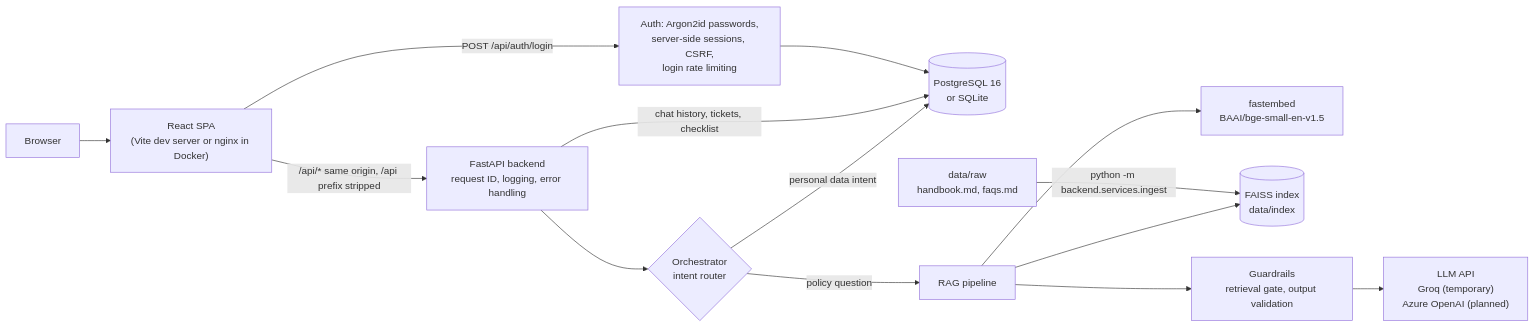
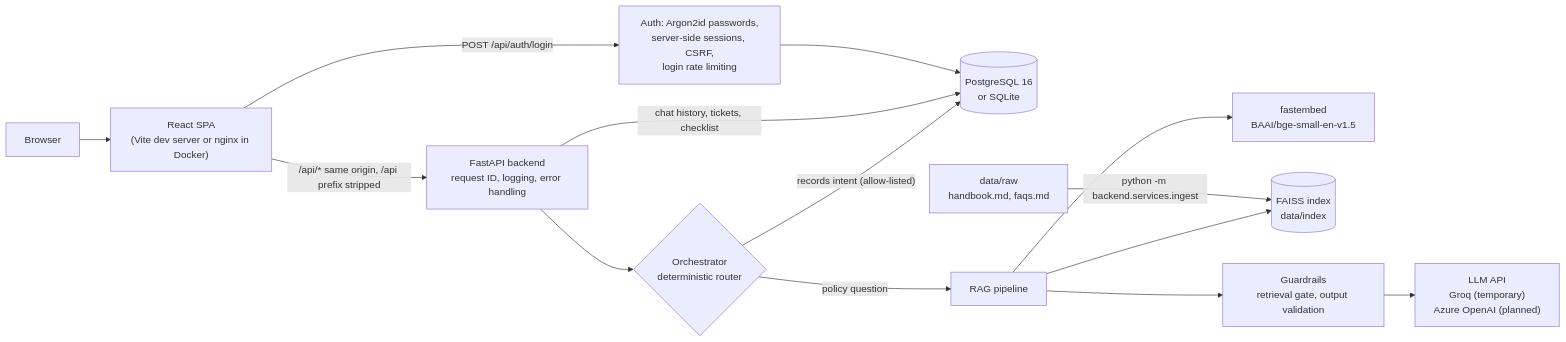
One commit to Eliksha/employee-onboarding-assistant changed the diagram in README.md. Above: the diagram before and after it, drawn with Mermaid. The commit also changed other lines of this file and 11 other files, not shown here.

````diff
--- a/README.md
+++ b/README.md
@@ -37,16 +37,16 @@
 ```mermaid
 flowchart LR
     user["Browser"] --> fe["React SPA<br/>(Vite dev server or nginx in Docker)"]
     fe -->|"/api/* same origin, /api prefix stripped"| api["FastAPI backend<br/>request ID, logging, error handling"]
-    api --> orch{"Orchestrator<br/>intent router"}
-    orch -->|"personal data intent"| edb[("PostgreSQL 16<br/>or SQLite")]
+    api --> orch{"Orchestrator<br/>deterministic router"}
+    orch -->|"records intent (allow-listed)"| edb[("PostgreSQL 16<br/>or SQLite")]
     orch -->|"policy question"| rag["RAG pipeline"]
     rag --> emb["fastembed<br/>BAAI/bge-small-en-v1.5"]
     rag --> idx[("FAISS index<br/>data/index")]
     rag --> guard["Guardrails<br/>retrieval gate, output validation"]
     guard --> llm["LLM API<br/>Groq (temporary)<br/>Azure OpenAI (planned)"]
     api -->|"chat history, tickets, checklist"| edb
     fe -->|"POST /api/auth/login"| authn["Auth: Argon2id passwords,<br/>server-side sessions, CSRF,<br/>login rate limiting"]
     authn --> edb
     raw["data/raw<br/>handbook.md, faqs.md"] -->|"python -m backend.services.ingest"| idx
 ```
````
